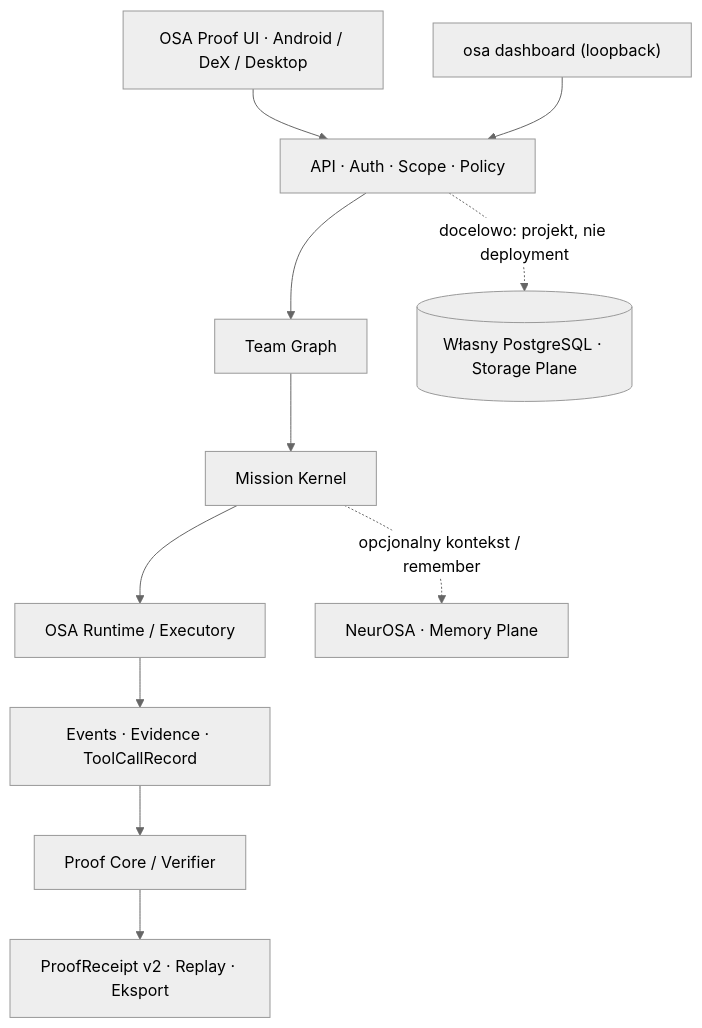
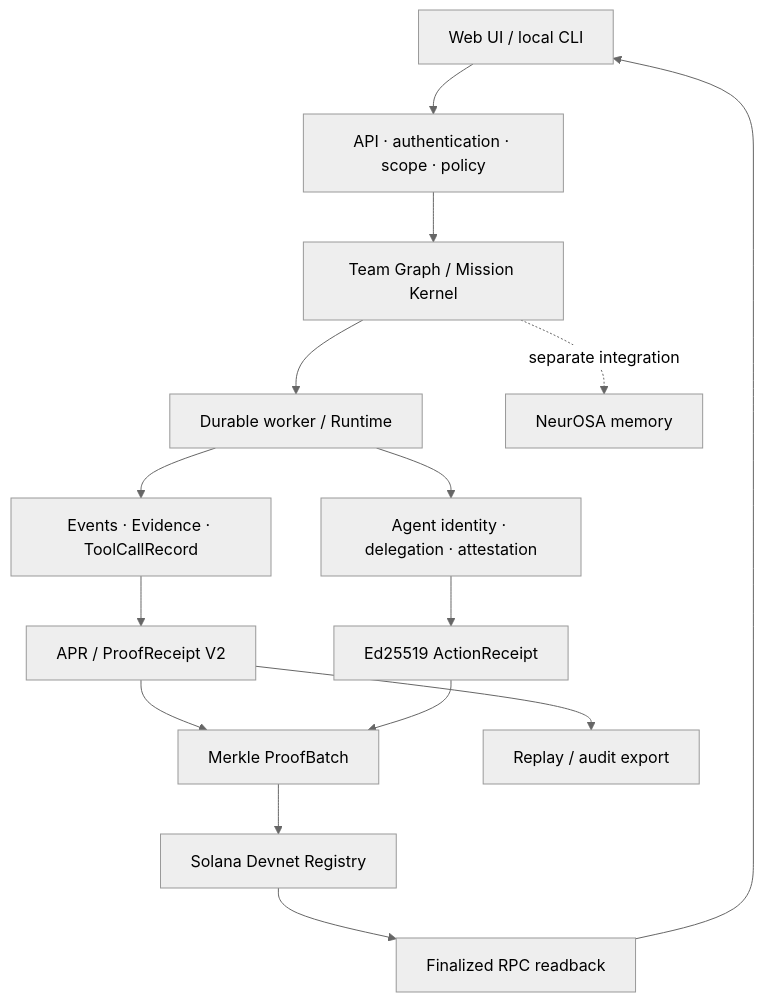
One commit to HazEOskA/osa-proof changed the diagram in README.md. Above: the diagram before and after it, drawn with Mermaid (neutral theme). The commit also changed other lines of this file and 9 other files, not shown here.

````diff
--- a/README.md
+++ b/README.md
@@ -57,13 +50,17 @@
 ```mermaid
 flowchart TD
-  UI["OSA Proof UI · Android / DeX / Desktop"] --> API["API · Auth · Scope · Policy"]
-  API --> TG["Team Graph"]
-  TG --> MK["Mission Kernel"]
-  MK --> RT["OSA Runtime / Executory"]
+  UI["Web UI / local CLI"] --> API["API · authentication · scope · policy"]
+  API --> TG["Team Graph / Mission Kernel"]
+  TG --> RT["Durable worker / Runtime"]
   RT --> EV["Events · Evidence · ToolCallRecord"]
-  EV --> PF["Proof Core / Verifier"]
-  PF --> RP["ProofReceipt v2 · Replay · Eksport"]
-  MK -. "opcjonalny kontekst / remember" .-> NM["NeurOSA · Memory Plane"]
-  API -. "docelowo: projekt, nie deployment" .-> DB[("Własny PostgreSQL · Storage Plane")]
-  CLI["osa dashboard (loopback)"] --> API
+  EV --> PF["APR / ProofReceipt V2"]
+  RT --> AT["Agent identity · delegation · attestation"]
+  AT --> AR["Ed25519 ActionReceipt"]
+  PF --> MB["Merkle ProofBatch"]
+  AR --> MB
+  MB --> SR["Solana Devnet Registry"]
+  SR --> V["Finalized RPC readback"]
+  V --> UI
+  PF --> RP["Replay / audit export"]
+  TG -. "separate integration" .-> NM["NeurOSA memory"]
 ```
````
